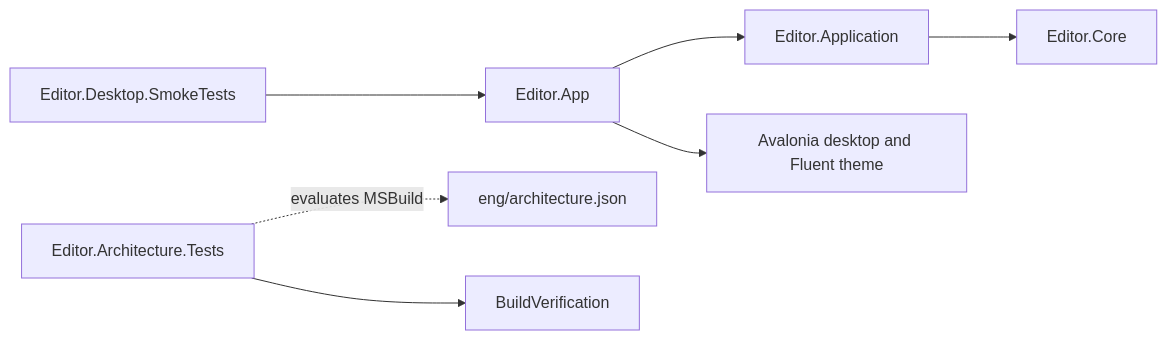
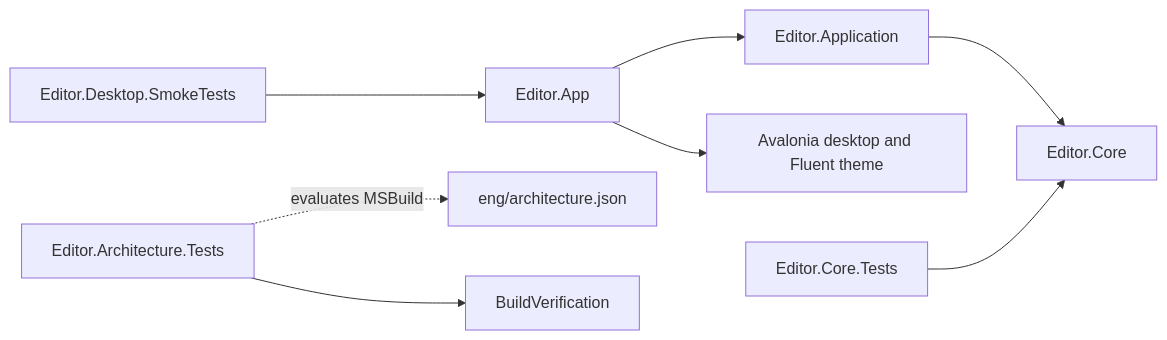
Before and after one commit to daniel-kindl/tangopad: the diagram in docs/architecture.md, drawn with Mermaid. The commit also changed other lines of this file and 11 other files, not shown here.

````diff
--- a/docs/architecture.md
+++ b/docs/architecture.md
@@ -12,9 +12,10 @@
 ```mermaid
 flowchart LR
     App[Editor.App] --> Application[Editor.Application]
     Application --> Core[Editor.Core]
     App --> Avalonia[Avalonia desktop and Fluent theme]
     ArchitectureTests[Editor.Architecture.Tests] -. evaluates MSBuild .-> Policy[eng/architecture.json]
     ArchitectureTests --> BuildVerification[BuildVerification]
+    CoreTests[Editor.Core.Tests] --> Core
     SmokeTests[Editor.Desktop.SmokeTests] --> App
 ```
````
